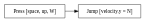
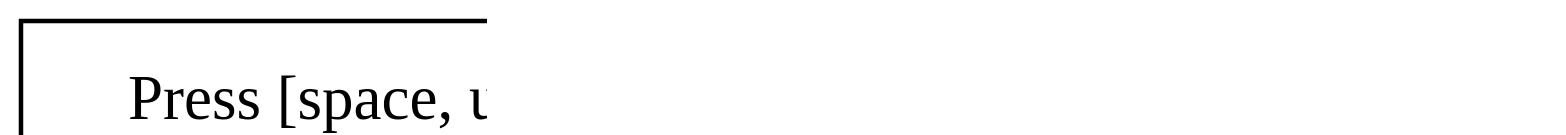
One commit to wgdsoc/wgd-assets changed the diagram in src/tutorials/godot-basics/flappy-bird/extras/flapping-flowchart.gv. Above: the diagram before and after it, drawn with Graphviz. The commit also changed 19 other files, not shown here.

```diff
--- a/src/tutorials/godot-basics/flappy-bird/extras/flapping-flowchart.gv
+++ b/src/tutorials/godot-basics/flappy-bird/extras/flapping-flowchart.gv
@@ -1,8 +1,8 @@
 digraph G {
 	node [shape=rect]
-	graph [layout=dot rankdir=LR]
+	graph [layout=dot rankdir=LR dpi=250]
 
 	press [label="Press [space, up, W]"]
 	respond [label="Jump [velocity.y = N]"]
 	press -> respond
 }
```
